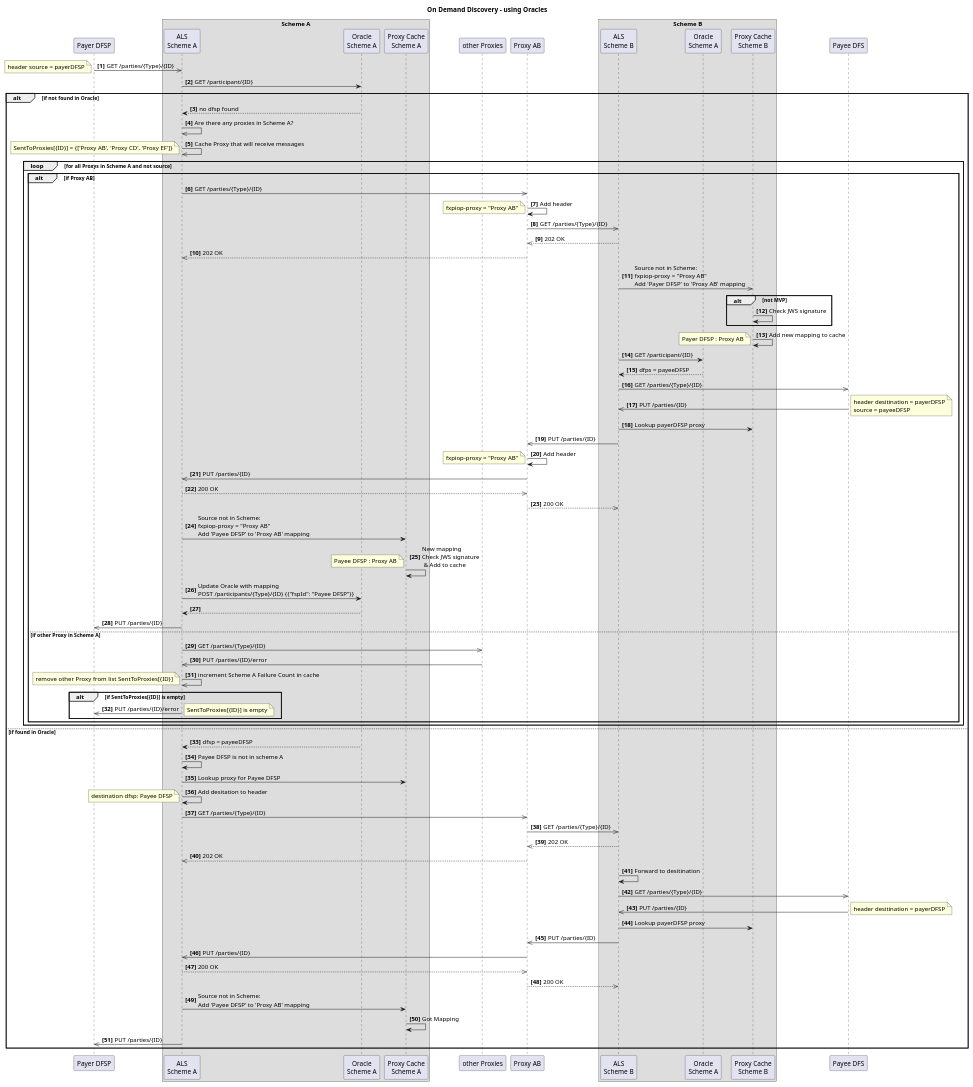
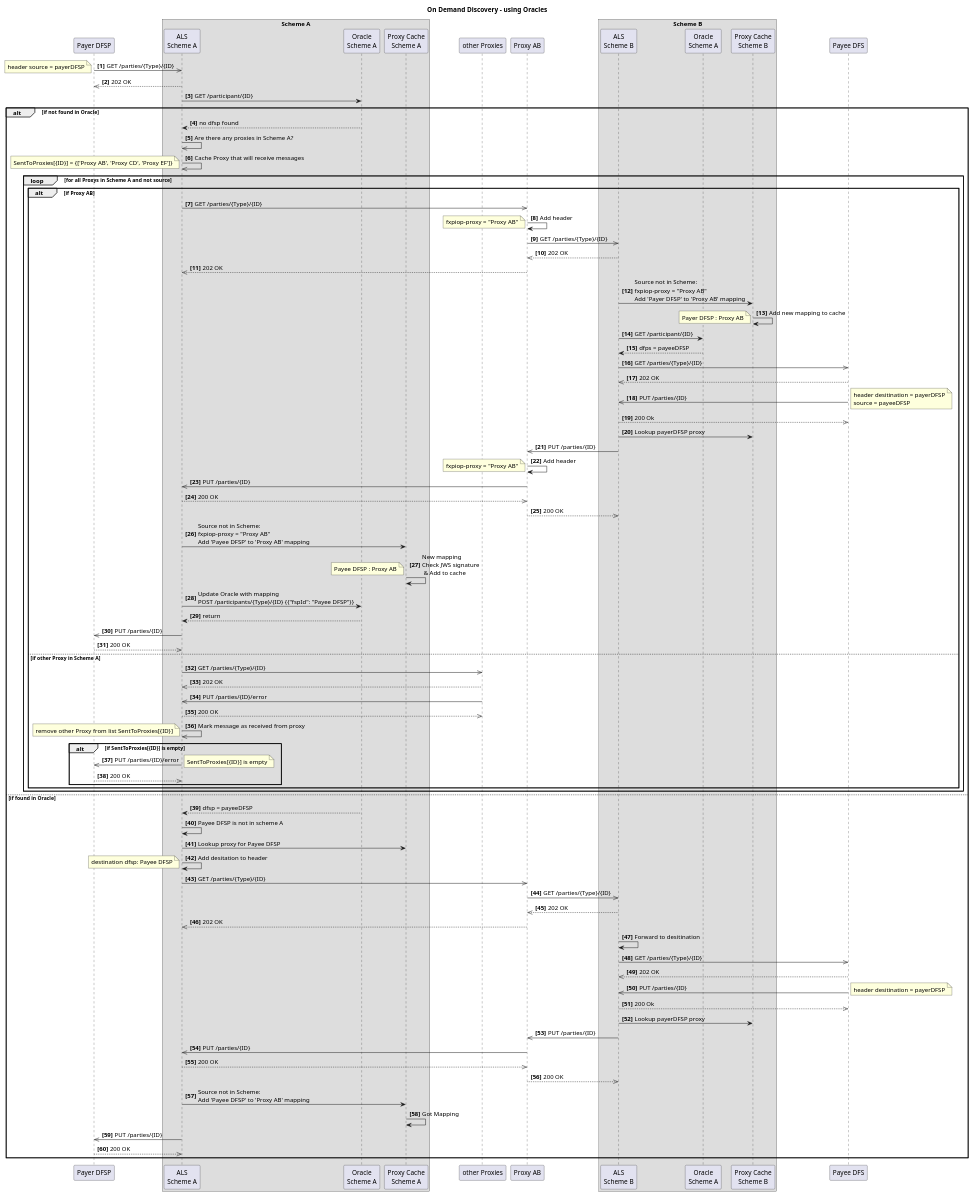
One commit to mojaloop/ml-inter-scheme-docs changed the diagram in Design/Proxy pattern - On Demand Discovery - using Oracles.plantuml. Above: the diagram before and after it, drawn with PlantUML. The commit also changed 10 other files, not shown here.

Commit message:
added Get services design and http responses to existing diagrams

```diff
--- a/Design/Proxy pattern - On Demand Discovery - using Oracles.plantuml
+++ b/Design/Proxy pattern - On Demand Discovery - using Oracles.plantuml
@@ -1,130 +1,136 @@
 @startuml
 
 title On Demand Discovery - using Oracles
 
 participant "Payer DFSP" as payerDFSP
 box "Scheme A"
     participant "ALS\nScheme A" as ALS_A
     participant "Oracle\nScheme A" as Oracle_A
     participant "Proxy Cache\nScheme A" as pc_A
 end box
 participant "other Proxies" as dfspsA
 participant "Proxy AB" as xnp
 box "Scheme B"
     participant "ALS\nScheme B" as ALS_B
     participant "Oracle\nScheme A" as Oracle_B
     participant "Proxy Cache\nScheme B" as pc_B    
 end box
 participant "Payee DFS" as payeeDFSP
 
 autonumber 1 "<b>[0]"
 
 payerDFSP ->> ALS_A: GET /parties/{Type}/{ID}
 note left
  header source = payerDFSP
 end note
+ALS_A -->> payerDFSP: 202 OK
 ALS_A-> Oracle_A: GET /participant/{ID}
 alt if not found in Oracle
 
 Oracle_A--> ALS_A: no dfsp found
 ALS_A ->> ALS_A: Are there any proxies in Scheme A?
   ALS_A ->> ALS_A: Cache Proxy that will receive messages
    note left
      SentToProxies[{ID}] = {['Proxy AB', 'Proxy CD', 'Proxy EF']}
    end note
 
   loop for all Proxys in Scheme A and not source    
   alt if Proxy AB
     ALS_A ->> xnp: GET /parties/{Type}/{ID}      
     xnp->xnp: Add header
     note left
     fxpiop-proxy = "Proxy AB"
     end note
 
     xnp ->> ALS_B: GET /parties/{Type}/{ID}
     ALS_B -->> xnp: 202 OK
     xnp -->> ALS_A: 202 OK
-    ALS_B ->> pc_B: Source not in Scheme: \nfxpiop-proxy = "Proxy AB"\nAdd 'Payer DFSP' to 'Proxy AB' mapping
-    alt not MVP
-      pc_B -> pc_B: Check JWS signature
-    end
-      pc_B -> pc_B: Add new mapping to cache
-note left
-Payer DFSP : Proxy AB
-end note        
+    ALS_B -> pc_B: Source not in Scheme: \nfxpiop-proxy = "Proxy AB"\nAdd 'Payer DFSP' to 'Proxy AB' mapping
+    pc_B -> pc_B: Add new mapping to cache
+    note left
+    Payer DFSP : Proxy AB
+    end note        
 
     ALS_B-> Oracle_B: GET /participant/{ID}
     Oracle_B--> ALS_B: dfps = payeeDFSP
     ALS_B ->> payeeDFSP: GET /parties/{Type}/{ID}  
+    payeeDFSP -->> ALS_B: 202 OK
     payeeDFSP ->> ALS_B: PUT /parties/{ID}
     note right
     header desitination = payerDFSP
     source = payeeDFSP
     end note
+    ALS_B -->> payeeDFSP: 200 Ok
     ALS_B -> pc_B: Lookup payerDFSP proxy
     ALS_B ->> xnp: PUT /parties/{ID}
     xnp->xnp: Add header
     note left
     fxpiop-proxy = "Proxy AB"
     end note
     
     xnp ->> ALS_A: PUT /parties/{ID}
     ALS_A -->> xnp: 200 OK
     xnp -->> ALS_B: 200 OK
     ALS_A -> pc_A: Source not in Scheme: \nfxpiop-proxy = "Proxy AB"\nAdd 'Payee DFSP' to 'Proxy AB' mapping
     pc_A -> pc_A: New mapping\nCheck JWS signature\n & Add to cache
-note left
-Payee DFSP : Proxy AB
-end note        
+    note left
+    Payee DFSP : Proxy AB
+    end note        
     ALS_A -> Oracle_A: Update Oracle with mapping\nPOST /participants/{Type}/{ID} {{"fspId": "Payee DFSP"}}
-    Oracle_A--> ALS_A: 
+    Oracle_A--> ALS_A: return
     ALS_A ->> payerDFSP: PUT /parties/{ID}
+    payerDFSP -->> ALS_A: 200 OK
   else if other Proxy in Scheme A
     ALS_A ->> dfspsA: GET /parties/{Type}/{ID}    
+    dfspsA -->> ALS_A: 202 OK
     dfspsA ->> ALS_A: PUT /parties/{ID}/error
-    ALS_A ->> ALS_A: increment Scheme A Failure Count in cache
+    ALS_A -->> dfspsA: 200 OK
+    ALS_A ->> ALS_A: Mark message as received from proxy
    note left
      remove other Proxy from list SentToProxies[{ID}]
    end note
 
     alt if SentToProxies[{ID}] is empty
         ALS_A ->> payerDFSP: PUT /parties/{ID}/error
    note right
      SentToProxies[{ID}] is empty
    end note
+        payerDFSP -->> ALS_A: 200 OK
     end
   end  
 end loop
 else if found in Oracle
   Oracle_A--> ALS_A: dfsp = payeeDFSP
 
   ALS_A->ALS_A: Payee DFSP is not in scheme A 
   ALS_A-> pc_A: Lookup proxy for Payee DFSP
   ALS_A->ALS_A: Add desitation to header 
   note left 
   destination dfsp: Payee DFSP
   end note 
 
   ALS_A ->> xnp: GET /parties/{Type}/{ID}
   xnp ->> ALS_B: GET /parties/{Type}/{ID} 
   ALS_B -->> xnp: 202 OK
   xnp -->> ALS_A: 202 OK
- ALS_B->ALS_B: Forward to desitination
-    ALS_B ->> payeeDFSP: GET /parties/{Type}/{ID}
-
-    payeeDFSP ->> ALS_B: PUT /parties/{ID}
-    note right
-    header desitination = payerDFSP
-    end note
-    ALS_B -> pc_B: Lookup payerDFSP proxy
-    ALS_B ->> xnp: PUT /parties/{ID}
-    xnp ->> ALS_A: PUT /parties/{ID}
-    ALS_A -->> xnp: 200 OK
-    xnp -->> ALS_B: 200 OK
-    ALS_A -> pc_A: Source not in Scheme: \nAdd 'Payee DFSP' to 'Proxy AB' mapping
-    pc_A -> pc_A: Got Mapping
-    ALS_A ->> payerDFSP: PUT /parties/{ID}
+  ALS_B->ALS_B: Forward to desitination
+  ALS_B ->> payeeDFSP: GET /parties/{Type}/{ID}
+  payeeDFSP -->> ALS_B: 202 OK
+  payeeDFSP ->> ALS_B: PUT /parties/{ID}
+  note right
+   header desitination = payerDFSP
+  end note
+  ALS_B -->> payeeDFSP: 200 Ok
+  ALS_B -> pc_B: Lookup payerDFSP proxy
+  ALS_B ->> xnp: PUT /parties/{ID}
+  xnp ->> ALS_A: PUT /parties/{ID}
+  ALS_A -->> xnp: 200 OK
+  xnp -->> ALS_B: 200 OK
+  ALS_A -> pc_A: Source not in Scheme: \nAdd 'Payee DFSP' to 'Proxy AB' mapping
+  pc_A -> pc_A: Got Mapping
+  ALS_A ->> payerDFSP: PUT /parties/{ID}
+  payerDFSP -->> ALS_A: 200 OK
 end
 
 
 @enduml
```
